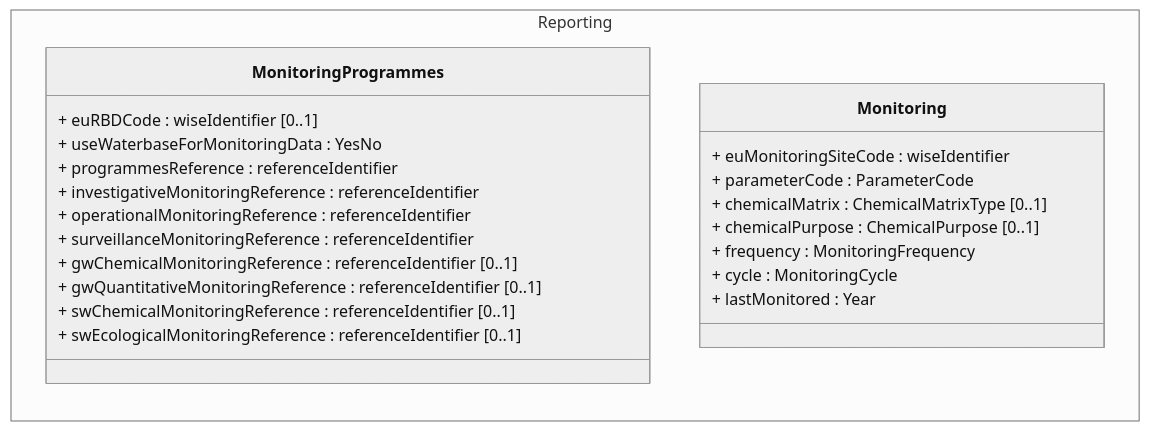
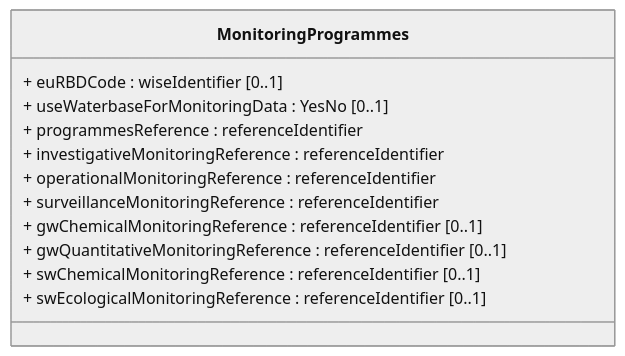
Before and after one commit to eeadata/WISE.WFD.Documentation: the first of 3 diagrams in docs/DataModelReview/WFDMonitoring.md, drawn with Mermaid. The commit also changed other lines of this file, not shown here.

Commit message:
Updating to clarify the QCs and the reference datasets. See also: https://taskman.eionet.europa.eu/issues/303004 https://taskman.eionet.europa.eu/issues/303007

````diff
--- a/docs/DataModelReview/WFDMonitoring.md
+++ b/docs/DataModelReview/WFDMonitoring.md
@@ -132,36 +146,22 @@
 ```{mermaid}
-:name: DescriptiveMonitoring4thcycle
-:caption:  Descriptive data - Monitoring - 4ᵗʰ cycle
+:name: DescriptiveMonitoringProgrammes4thcycle
+:caption:  Descriptive data - Monitoring Programmes - 4ᵗʰ cycle
 :align: center
 :zoom:
 %%{init: {'theme': 'neutral'}}%%
 classDiagram
 direction LR
 
-namespace Reporting{
-
-  class MonitoringProgrammes{
-    + euRBDCode : wiseIdentifier [0..1]
-    + useWaterbaseForMonitoringData : YesNo
-    + programmesReference : referenceIdentifier
-    + investigativeMonitoringReference : referenceIdentifier
-    + operationalMonitoringReference : referenceIdentifier
-    + surveillanceMonitoringReference : referenceIdentifier
-    + gwChemicalMonitoringReference : referenceIdentifier [0..1]
-    + gwQuantitativeMonitoringReference : referenceIdentifier [0..1]
-    + swChemicalMonitoringReference : referenceIdentifier [0..1]
-    + swEcologicalMonitoringReference : referenceIdentifier [0..1]
-  }
-
-  class Monitoring{
-    + euMonitoringSiteCode : wiseIdentifier
-    + parameterCode : ParameterCode
-    + chemicalMatrix : ChemicalMatrixType [0..1]
-    + chemicalPurpose : ChemicalPurpose [0..1]
-    + frequency : MonitoringFrequency
-    + cycle : MonitoringCycle
-    + lastMonitored : Year
-  }
+class MonitoringProgrammes{
+  + euRBDCode : wiseIdentifier [0..1]
+  + useWaterbaseForMonitoringData : YesNo [0..1]
+  + programmesReference : referenceIdentifier
+  + investigativeMonitoringReference : referenceIdentifier
+  + operationalMonitoringReference : referenceIdentifier
+  + surveillanceMonitoringReference : referenceIdentifier
+  + gwChemicalMonitoringReference : referenceIdentifier [0..1]
+  + gwQuantitativeMonitoringReference : referenceIdentifier [0..1]
+  + swChemicalMonitoringReference : referenceIdentifier [0..1]
+  + swEcologicalMonitoringReference : referenceIdentifier [0..1]
 }
-
 ```
````
